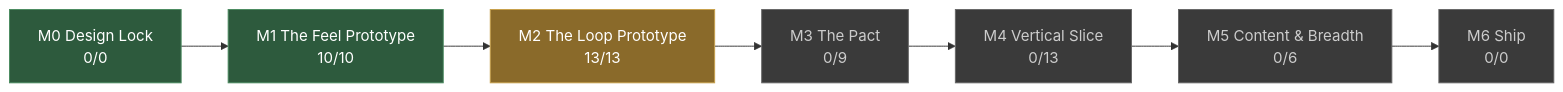
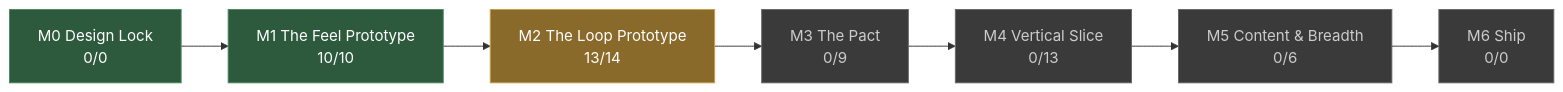
Before and after one commit to JoshuaGessner/she: the diagram in docs/STATUS.md, drawn with Mermaid. The commit also changed other lines of this file and 13 other files, not shown here.

````diff
--- a/docs/STATUS.md
+++ b/docs/STATUS.md
@@ -13,19 +13,19 @@
 ```mermaid
 flowchart LR
   M0["M0 Design Lock<br/>0/0"]:::passed
   M1["M1 The Feel Prototype<br/>10/10"]:::passed
   M0 --> M1
-  M2["M2 The Loop Prototype<br/>13/13"]:::current
+  M2["M2 The Loop Prototype<br/>13/14"]:::current
   M1 --> M2
   M3["M3 The Pact<br/>0/9"]:::ahead
   M2 --> M3
   M4["M4 Vertical Slice<br/>0/13"]:::ahead
   M3 --> M4
   M5["M5 Content & Breadth<br/>0/6"]:::ahead
   M4 --> M5
   M6["M6 Ship<br/>0/0"]:::ahead
   M5 --> M6
   classDef passed fill:#2d5a3d,stroke:#4a8a5f,color:#fff
   classDef current fill:#8a6a2a,stroke:#c8a04a,color:#fff
   classDef ahead fill:#3a3a3a,stroke:#666,color:#ccc
 ```
````
